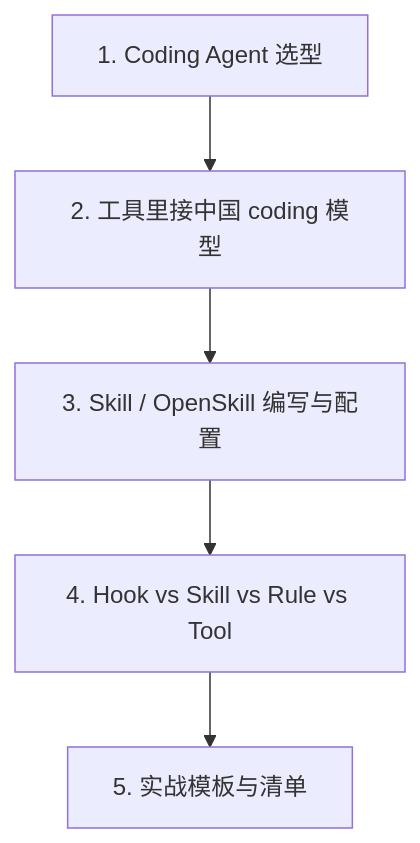
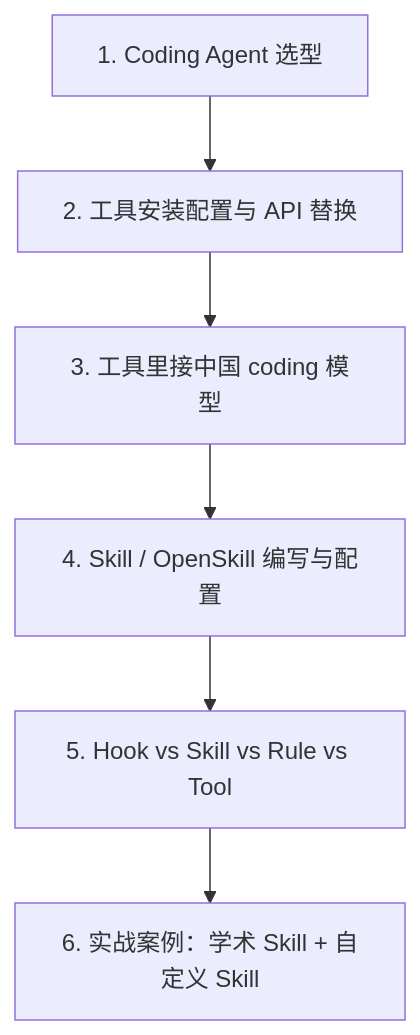
The diagram in 13_llm_agent_usage/README.md (Mocha0724/LLM_Agents), drawn with Mermaid before and after one commit. The commit also changed other lines of this file and 1 other file, not shown here.

Commit message:
docs(13): 新增完整安装配置教程 + literature-tracker 案例
- 新增 complete_config_tutorial.md 覆盖 6 大模块：
  1. Claude Code 安装配置（npm install、login、CLAUDE.md、claude 命令）
  2. Cursor 安装配置（设置、快捷键、.cursor 目录结构、Rules .mdc）
  3. Codex CLI 安装配置（clone、npm install、sandbox 特性）
  4. DeepSeek 替换 API（Cursor/Aider/Continue/curl 测试 + 国产模型速查表）
  5. OpenSkill + anthropics/skills 安装（install/sync/list/manage/install 删减技巧）
  6. Skills 使用方式（Cursor 自动匹配、手动 @、Claude Code、Aider 预加载）
- 案例：academic-research-skills 学术 Skill 安装和使用
- 案例：literature-tracker 自定义 Skill（参考 Agent_Sample 真实项目）
  SKILL.md 结构、scripts/、templates/、hooks 自动化联动
- 更新 README 文件导览与阅读顺序流程图

Made-with: Cursor

````diff
--- a/13_llm_agent_usage/README.md
+++ b/13_llm_agent_usage/README.md
@@ -14,7 +14,8 @@
 ```mermaid
 flowchart TD
-    A[1. Coding Agent 选型] --> B[2. 工具里接中国 coding 模型]
-    B --> C[3. Skill / OpenSkill 编写与配置]
-    C --> D[4. Hook vs Skill vs Rule vs Tool]
-    D --> E[5. 实战模板与清单]
+    A[1. Coding Agent 选型] --> B[2. 工具安装配置与 API 替换]
+    B --> C[3. 工具里接中国 coding 模型]
+    C --> D[4. Skill / OpenSkill 编写与配置]
+    D --> E[5. Hook vs Skill vs Rule vs Tool]
+    E --> F[6. 实战案例：学术 Skill + 自定义 Skill]
 ```
````
